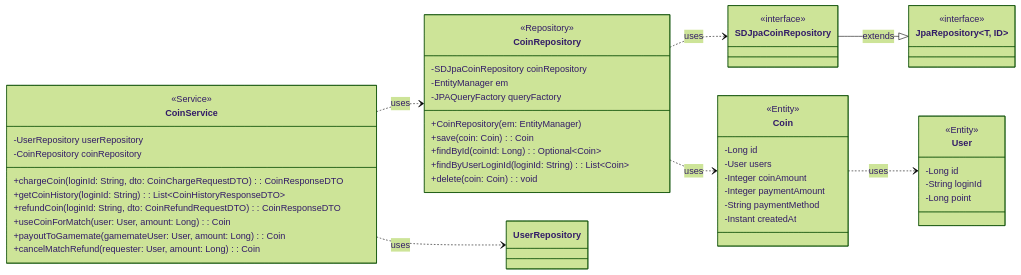
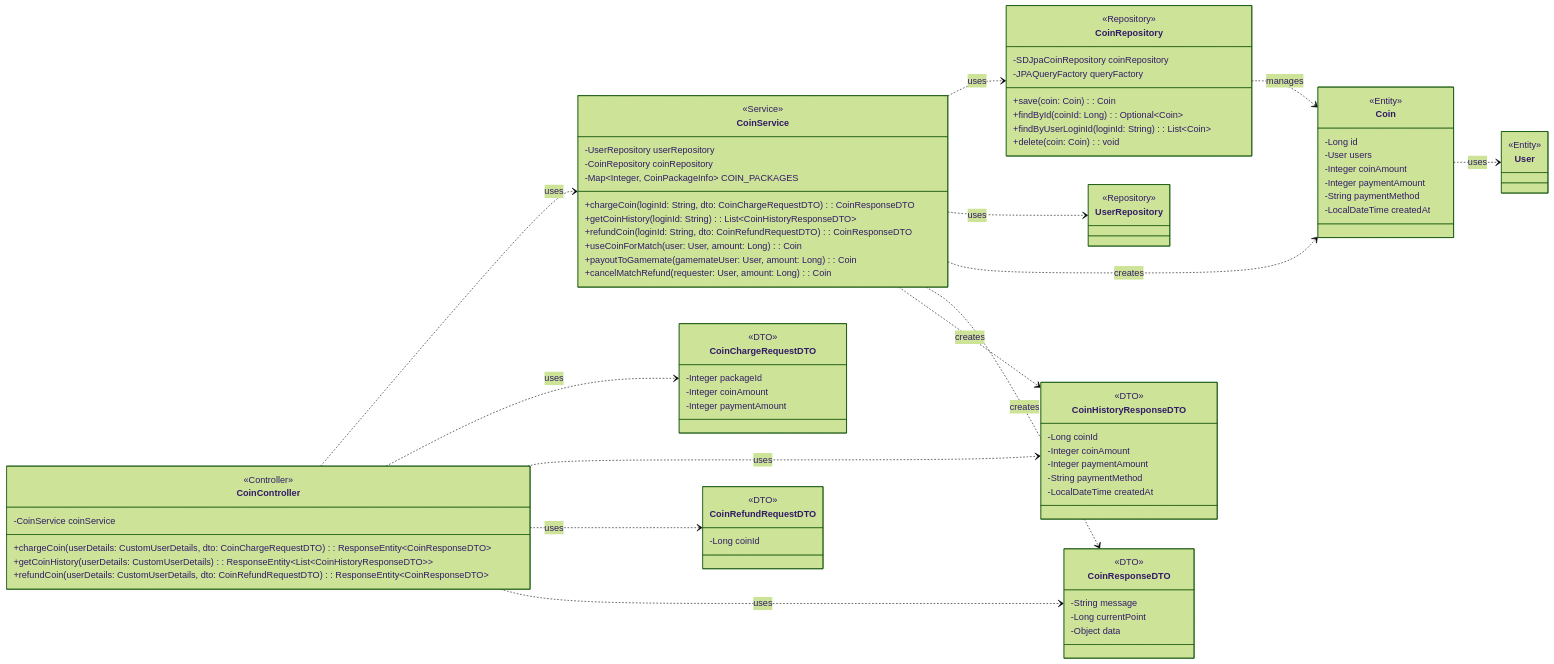
Before and after one commit to rororo33/game-s-cord: the diagram in SDS/classDiagram/coinSystemClassDiagram.md, drawn with Mermaid (forest theme). The commit also changed other lines of this file and 11 other files, not shown here.

Commit message:
fix: 클래스 다이어그램 수정

````diff
--- a/SDS/classDiagram/coinSystemClassDiagram.md
+++ b/SDS/classDiagram/coinSystemClassDiagram.md
@@ -4,28 +4,35 @@
 classDiagram
     direction LR
 
-    class CoinRepository {
-        <<Repository>>
-        -SDJpaCoinRepository coinRepository
-        -EntityManager em
-        -JPAQueryFactory queryFactory
-        +CoinRepository(em: EntityManager)
-        +save(coin: Coin): Coin
-        +findById(coinId: Long): Optional~Coin~
-        +findByUserLoginId(loginId: String): List~Coin~
-        +delete(coin: Coin): void
+    class CoinController {
+        <<Controller>>
+        -CoinService coinService
+        +chargeCoin(userDetails: CustomUserDetails, dto: CoinChargeRequestDTO): ResponseEntity~CoinResponseDTO~
+        +getCoinHistory(userDetails: CustomUserDetails): ResponseEntity~List~CoinHistoryResponseDTO~~
+        +refundCoin(userDetails: CustomUserDetails, dto: CoinRefundRequestDTO): ResponseEntity~CoinResponseDTO~
     }
 
     class CoinService {
         <<Service>>
         -UserRepository userRepository
         -CoinRepository coinRepository
+        -Map~Integer, CoinPackageInfo~ COIN_PACKAGES
         +chargeCoin(loginId: String, dto: CoinChargeRequestDTO): CoinResponseDTO
         +getCoinHistory(loginId: String): List~CoinHistoryResponseDTO~
         +refundCoin(loginId: String, dto: CoinRefundRequestDTO): CoinResponseDTO
         +useCoinForMatch(user: User, amount: Long): Coin
         +payoutToGamemate(gamemateUser: User, amount: Long): Coin
         +cancelMatchRefund(requester: User, amount: Long): Coin
+    }
+
+    class CoinRepository {
+        <<Repository>>
+        -SDJpaCoinRepository coinRepository
+        -JPAQueryFactory queryFactory
+        +save(coin: Coin): Coin
+        +findById(coinId: Long): Optional~Coin~
+        +findByUserLoginId(loginId: String): List~Coin~
+        +delete(coin: Coin): void
     }
 
     class Coin {
@@ -35,29 +42,53 @@
         -Integer coinAmount
         -Integer paymentAmount
         -String paymentMethod
-        -Instant createdAt
+        -LocalDateTime createdAt
     }
 
-    class User {
-        <<Entity>>
-        -Long id
-        -String loginId
-        -Long point
+    class CoinChargeRequestDTO {
+        <<DTO>>
+        -Integer packageId
+        -Integer coinAmount
+        -Integer paymentAmount
     }
 
-    class SDJpaCoinRepository {
-        <<interface>>
+    class CoinHistoryResponseDTO {
+        <<DTO>>
+        -Long coinId
+        -Integer coinAmount
+        -Integer paymentAmount
+        -String paymentMethod
+        -LocalDateTime createdAt
     }
 
-    class JpaRepository~T, ID~ {
-        <<interface>>
+    class CoinRefundRequestDTO {
+        <<DTO>>
+        -Long coinId
     }
 
+    class CoinResponseDTO {
+        <<DTO>>
+        -String message
+        -Long currentPoint
+        -Object data
+    }
+    
+    class User { <<Entity>> }
+    class UserRepository { <<Repository>> }
+
     %% Relationships
-    SDJpaCoinRepository --|> JpaRepository : extends
-    CoinRepository ..> SDJpaCoinRepository : uses
+    CoinController ..> CoinService : uses
+    CoinController ..> CoinChargeRequestDTO : uses
+    CoinController ..> CoinHistoryResponseDTO : uses
+    CoinController ..> CoinRefundRequestDTO : uses
+    CoinController ..> CoinResponseDTO : uses
+    
     CoinService ..> CoinRepository : uses
     CoinService ..> UserRepository : uses
-    CoinRepository ..> Coin : uses
+    CoinService ..> Coin : creates
+    CoinService ..> CoinResponseDTO : creates
+    CoinService ..> CoinHistoryResponseDTO : creates
+    
+    CoinRepository ..> Coin : manages
     Coin ..> User : uses
 ```
````
